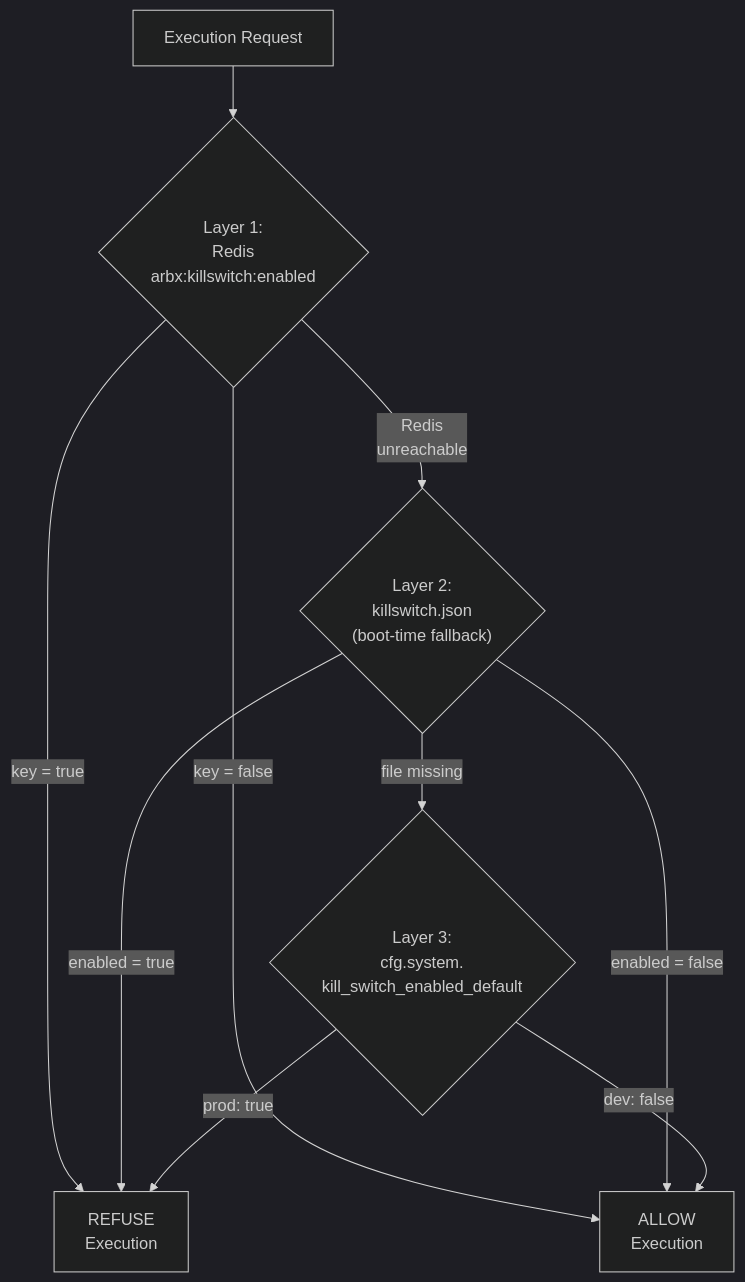
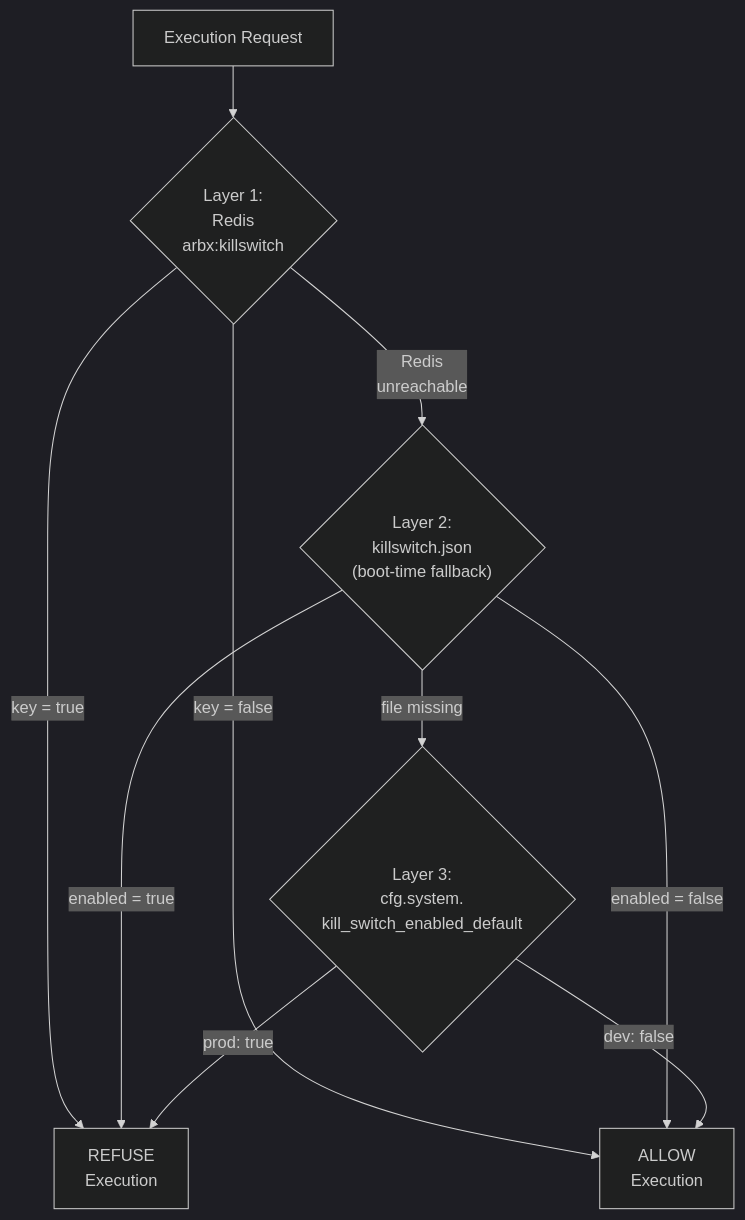
One commit to hefarica/arbitragex-v2 changed the first of 2 diagrams in docs/adr/002-kill-switch-fail-closed.md. Above: the diagram before and after it, drawn with Mermaid (dark theme). The commit also changed other lines of this file and 8 other files, not shown here.

````diff
--- a/docs/adr/002-kill-switch-fail-closed.md
+++ b/docs/adr/002-kill-switch-fail-closed.md
@@ -34,12 +34,12 @@
 ```mermaid
 flowchart TD
-    A["Execution Request"] --> B{"Layer 1:<br/>Redis<br/>arbx:killswitch:enabled"}
+    A["Execution Request"] --> B{"Layer 1:<br/>Redis<br/>arbx:killswitch"}
     B -->|"key = true"| C["REFUSE<br/>Execution"]
     B -->|"key = false"| D["ALLOW<br/>Execution"]
     B -->|"Redis<br/>unreachable"| E{"Layer 2:<br/>killswitch.json<br/>(boot-time fallback)"}
     E -->|"enabled = true"| C
     E -->|"enabled = false"| D
     E -->|"file missing"| F{"Layer 3:<br/>cfg.system.<br/>kill_switch_enabled_default"}
     F -->|"prod: true"| C
     F -->|"dev: false"| D
 ```
````
